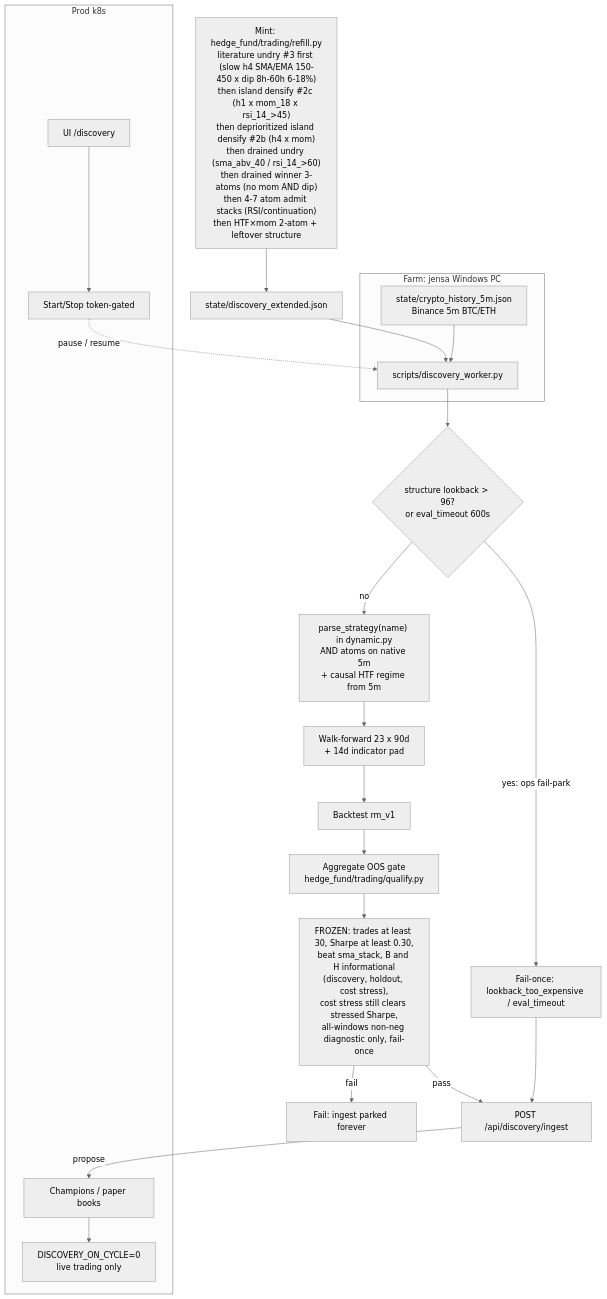
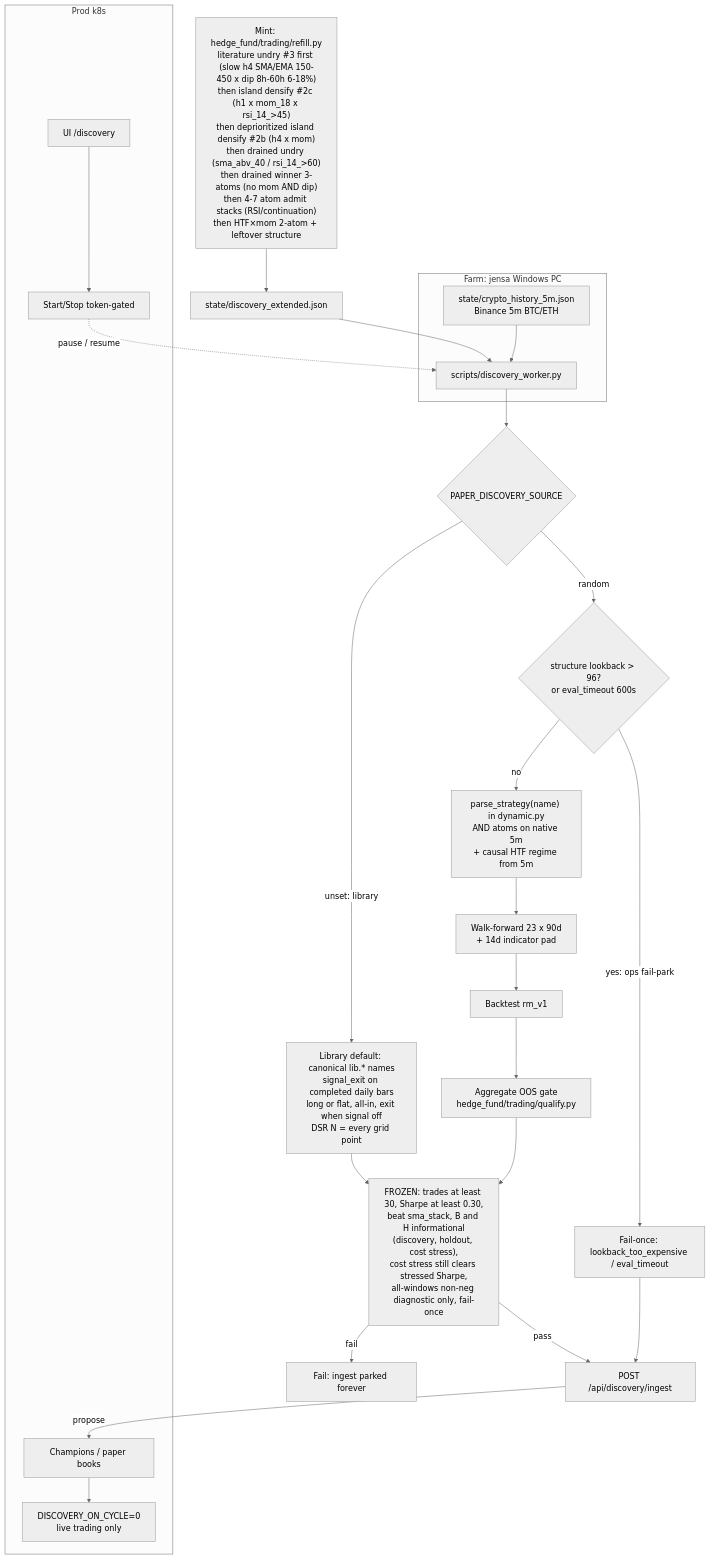
Before and after one commit to Runemark7/paper-trading-bot: the first of 3 diagrams in docs/WORKFLOW.md, drawn with Mermaid (neutral theme). The commit also changed other lines of this file and 50 other files, not shown here.

First line of the commit message:
Gate v6: warm the daily library from 2017 and keep one 20% stop (#113)

````diff
--- a/docs/WORKFLOW.md
+++ b/docs/WORKFLOW.md
@@ -60,42 +64,47 @@
 ```mermaid
 flowchart TB
   recipe["Mint: hedge_fund/trading/refill.py\nliterature undry #3 first (slow h4 SMA/EMA 150-450 x dip 8h-60h 6-18%)\nthen island densify #2c (h1 x mom_18 x rsi_14_>45)\nthen deprioritized island densify #2b (h4 x mom)\nthen drained undry (sma_abv_40 / rsi_14_>60)\nthen drained winner 3-atoms (no mom AND dip)\nthen 4-7 atom admit stacks (RSI/continuation)\nthen HTF×mom 2-atom + leftover structure"]
   ext["state/discovery_extended.json"]
   recipe --> ext
 
   subgraph farm [Farm: jensa Windows PC]
     worker["scripts/discovery_worker.py"]
     hist["state/crypto_history_5m.json\nBinance 5m BTC/ETH"]
   end
   ext --> worker
   hist --> worker
 
+  source{"PAPER_DISCOVERY_SOURCE"}
+  lib["Library default: canonical lib.* names\nsignal_exit on completed daily bars\nlong or flat, all-in, exit when signal off\nDSR N = every grid point"]
   guard{"structure lookback > 96?\nor eval_timeout 600s"}
   parse["parse_strategy(name) in dynamic.py\nAND atoms on native 5m\n+ causal HTF regime from 5m"]
   wf["Walk-forward 23 x 90d\n+ 14d indicator pad"]
   bt["Backtest rm_v1"]
   gate["Aggregate OOS gate\nhedge_fund/trading/qualify.py"]
-  worker --> guard
+  worker --> source
+  source -->|"unset: library"| lib
+  source -->|"random"| guard
   guard -->|"yes: ops fail-park"| parkOps["Fail-once: lookback_too_expensive / eval_timeout"]
   guard -->|no| parse --> wf --> bt --> gate
 
   frozen["FROZEN: trades at least 30, Sharpe at least 0.30,\nbeat sma_stack, B and H informational\n(discovery, holdout, cost stress),\ncost stress still clears stressed Sharpe,\nall-windows non-neg diagnostic only, fail-once"]
+  lib --> frozen
   gate --> frozen
 
   ingest["POST /api/discovery/ingest"]
   park["Fail: ingest parked forever"]
   frozen -->|"pass"| ingest
   frozen -->|"fail"| park
   parkOps --> ingest
 
   subgraph prod [Prod k8s]
     champs["Champions / paper books"]
     live["DISCOVERY_ON_CYCLE=0\nlive trading only"]
     ui["UI /discovery"]
     ctl["Start/Stop token-gated"]
   end
   ingest -->|"propose"| champs
   champs --> live
   ui --> ctl
   ctl -.->|"pause / resume"| worker
 ```
````
